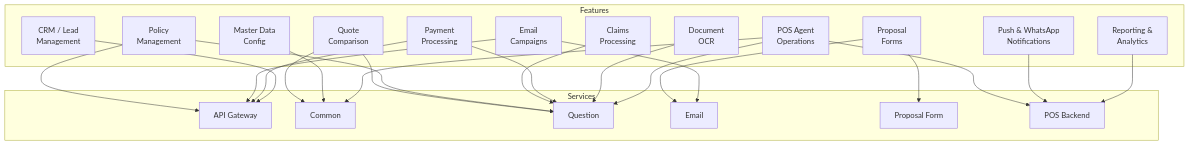
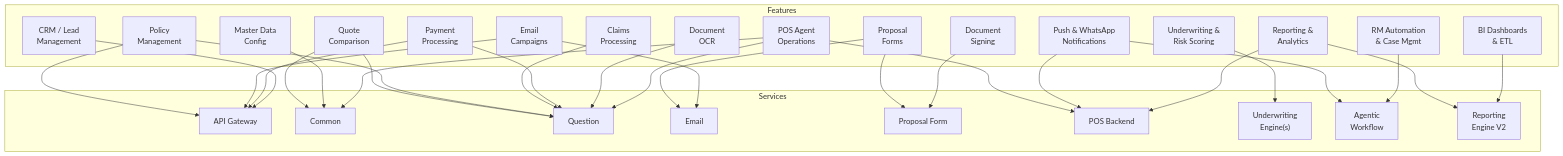
Diagram 20 of 20 in ARCHITECTURE.md (aditya1-bk/bk-architecture), drawn with Mermaid before and after one commit. The commit also changed other lines of this file and 13 other files, not shown here.

````diff
--- a/ARCHITECTURE.md
+++ b/ARCHITECTURE.md
@@ -815,39 +1322,50 @@
 ```mermaid
 graph TB
     subgraph "Features"
         F_QUOTE["Quote<br/>Comparison"]
         F_POLICY["Policy<br/>Management"]
         F_CLAIMS["Claims<br/>Processing"]
         F_PROPOSAL["Proposal<br/>Forms"]
         F_EMAIL["Email<br/>Campaigns"]
         F_PAYMENT["Payment<br/>Processing"]
         F_CRM["CRM / Lead<br/>Management"]
         F_MASTER["Master Data<br/>Config"]
         F_OCR["Document<br/>OCR"]
         F_POS_AGENT["POS Agent<br/>Operations"]
         F_NOTIF["Push & WhatsApp<br/>Notifications"]
         F_ANALYTICS["Reporting &<br/>Analytics"]
+        F_UNDERWRITING["Underwriting &<br/>Risk Scoring"]
+        F_RM_AUTO["RM Automation<br/>& Case Mgmt"]
+        F_DOCSIGN["Document<br/>Signing"]
+        F_BI["BI Dashboards<br/>& ETL"]
     end
 
     subgraph "Services"
         S_GW["API Gateway"]
         S_COMMON["Common"]
         S_QUESTION["Question"]
         S_EMAIL["Email"]
         S_PROPOSAL["Proposal Form"]
         S_POS["POS Backend"]
+        S_UW["Underwriting<br/>Engine(s)"]
+        S_AGENTIC["Agentic<br/>Workflow"]
+        S_REPORT["Reporting<br/>Engine V2"]
     end
 
     F_QUOTE --> S_QUESTION & S_COMMON
     F_POLICY --> S_QUESTION & S_GW
     F_CLAIMS --> S_QUESTION
     F_PROPOSAL --> S_PROPOSAL & S_EMAIL
     F_EMAIL --> S_EMAIL & S_GW
     F_PAYMENT --> S_GW & S_QUESTION
     F_CRM --> S_GW
     F_MASTER --> S_COMMON
     F_OCR --> S_QUESTION
     F_POS_AGENT --> S_POS & S_COMMON & S_QUESTION
-    F_NOTIF --> S_POS
-    F_ANALYTICS --> S_POS
+    F_NOTIF --> S_POS & S_AGENTIC
+    F_ANALYTICS --> S_POS & S_REPORT
+    F_UNDERWRITING --> S_UW
+    F_RM_AUTO --> S_AGENTIC
+    F_DOCSIGN --> S_PROPOSAL
+    F_BI --> S_REPORT
 ```
````
